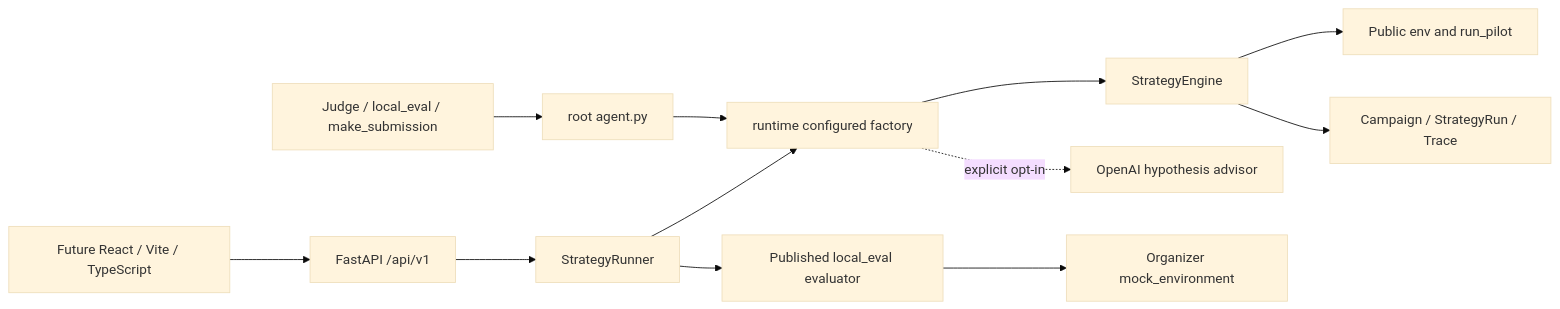
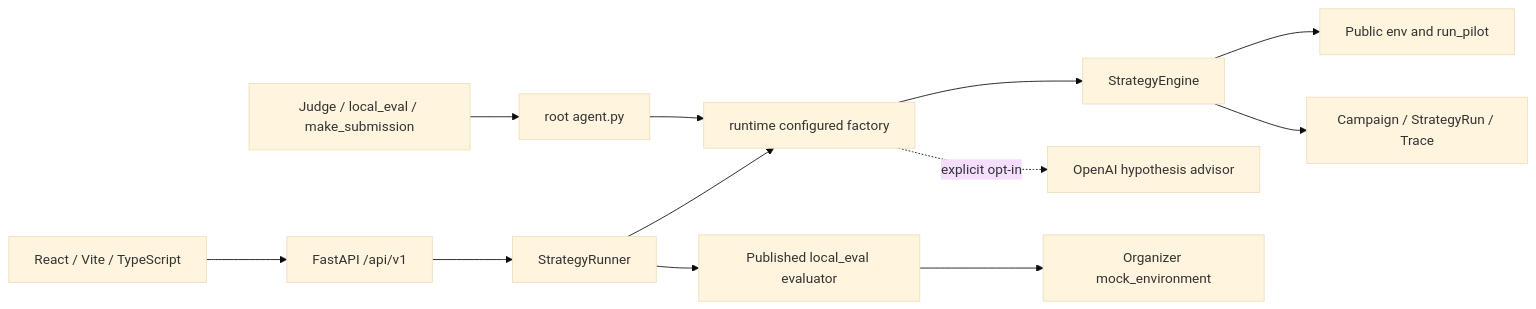
One commit to BAITC-Hacks/hack-9a732c09-sib changed the first of 2 diagrams in docs/ARCHITECTURE.md. Above: the diagram before and after it, drawn with Mermaid (base theme). The commit also changed 10 other files, not shown here.

````diff
--- a/docs/ARCHITECTURE.md
+++ b/docs/ARCHITECTURE.md
@@ -21,14 +21,14 @@
 ```mermaid
 flowchart LR
   Judge[Judge / local_eval / make_submission] --> Adapter[root agent.py]
   Adapter --> Factory[runtime configured factory]
   Factory --> Engine[StrategyEngine]
   Factory -. explicit opt-in .-> LLM[OpenAI hypothesis advisor]
   Engine --> Env[Public env and run_pilot]
   Engine --> Models[Campaign / StrategyRun / Trace]
-  UI[Future React / Vite / TypeScript] --> API[FastAPI /api/v1]
+  UI[React / Vite / TypeScript] --> API[FastAPI /api/v1]
   API --> Runner[StrategyRunner]
   Runner --> Factory
   Runner --> Eval[Published local_eval evaluator]
   Eval --> Mock[Organizer mock_environment]
 ```
````
